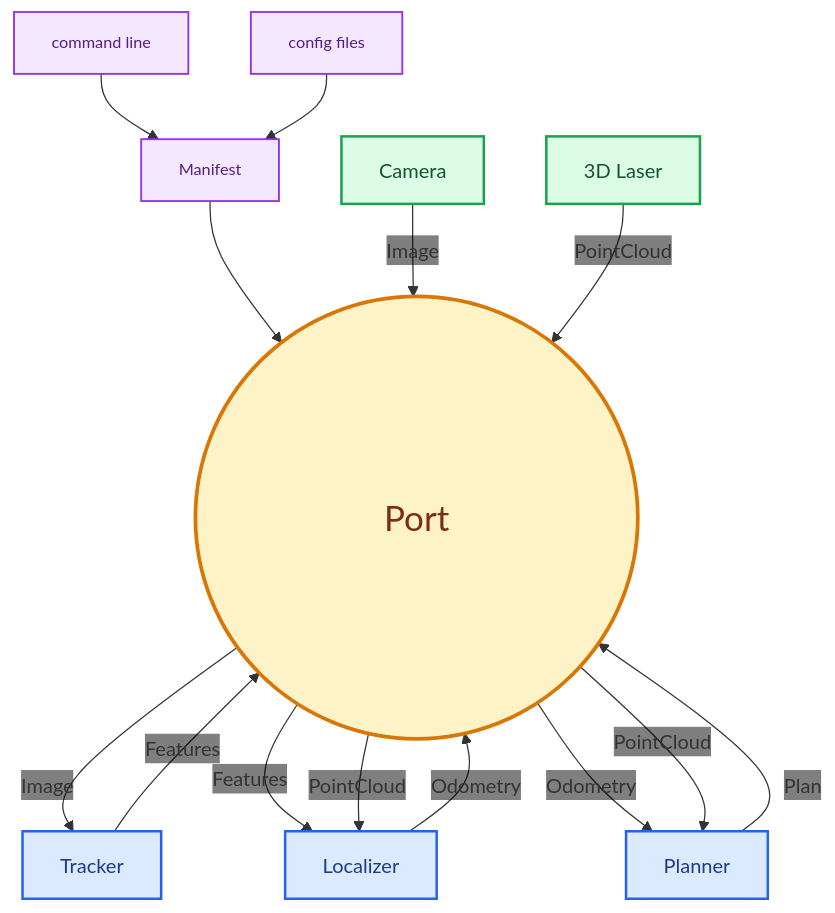
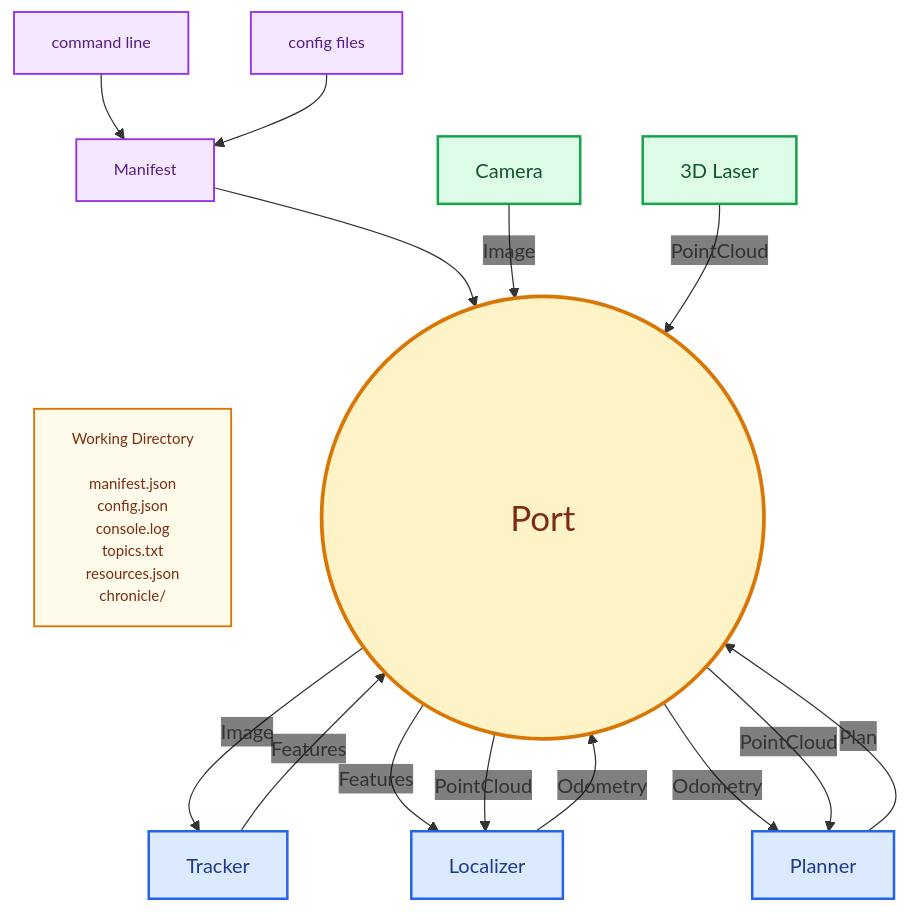
The first of 2 diagrams in README.md (ajakhotia/nioc), drawn with Mermaid before and after one commit. The commit also changed other lines of this file, not shown here.

````diff
--- a/README.md
+++ b/README.md
@@ -203,37 +203,41 @@
 ```mermaid
 %%{init: {"themeVariables": {"edgeLabelBackground": "transparent"}}}%%
 flowchart TB
   classDef input     fill:#f3e8ff,stroke:#9333ea,stroke-width:1.5px,color:#581c87,font-size:13px;
   classDef driver    fill:#dcfce7,stroke:#16a34a,stroke-width:2px,color:#14532d;
   classDef component fill:#dbeafe,stroke:#2563eb,stroke-width:2px,color:#1e3a8a;
   classDef port      fill:#fef3c7,stroke:#d97706,stroke-width:3px,color:#7c2d12,font-size:28px;
+  classDef artifact  fill:#fffbeb,stroke:#d97706,stroke-width:1.5px,color:#7c2d12,font-size:12px;
 
   CLI["command line"]:::input
   FILES["config files"]:::input
   MANIFEST["Manifest"]:::input
+
+  WD["Working Directory<br/><br/>manifest.json<br/>config.json<br/>console.log<br/>topics.txt<br/>resources.json<br/>chronicle/"]:::artifact
 
   CAM["Camera"]:::driver
   LASER["3D Laser"]:::driver
 
   PORT(("&nbsp;<br/>&nbsp;<br/>&nbsp;&nbsp;&nbsp;&nbsp;&nbsp;&nbsp;&nbsp;&nbsp;&nbsp;&nbsp;&nbsp;&nbsp;&nbsp;&nbsp;&nbsp;&nbsp;&nbsp;&nbsp;&nbsp;&nbsp;Port&nbsp;&nbsp;&nbsp;&nbsp;&nbsp;&nbsp;&nbsp;&nbsp;&nbsp;&nbsp;&nbsp;&nbsp;&nbsp;&nbsp;&nbsp;&nbsp;&nbsp;&nbsp;&nbsp;&nbsp;<br/>&nbsp;<br/>&nbsp;")):::port
 
   TRK["Tracker"]:::component
   LOC["Localizer"]:::component
   PLN["Planner"]:::component
 
   CLI --> MANIFEST
   FILES --> MANIFEST
   MANIFEST --> PORT
+  MANIFEST ~~~ WD
 
   CAM -- "Image" --> PORT
   LASER -- "PointCloud" --> PORT
 
   PORT -- "Image" --> TRK
   TRK -- "Features" --> PORT
   PORT -- "Features" --> LOC
   PORT -- "PointCloud" --> LOC
   LOC -- "Odometry" --> PORT
   PORT -- "Odometry" --> PLN
   PORT -- "PointCloud" --> PLN
   PLN -- "Plan" --> PORT
 ```
````
